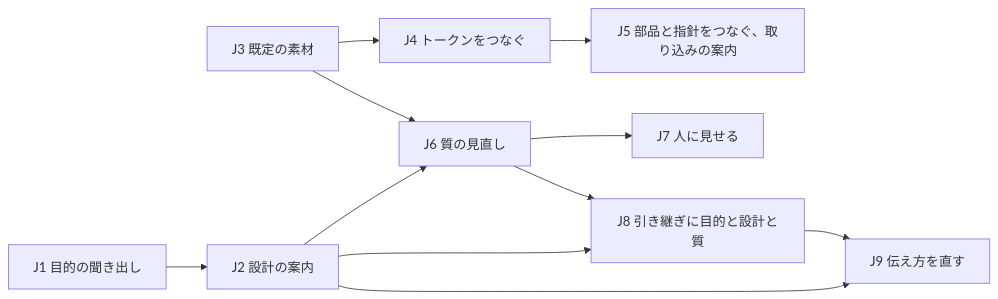
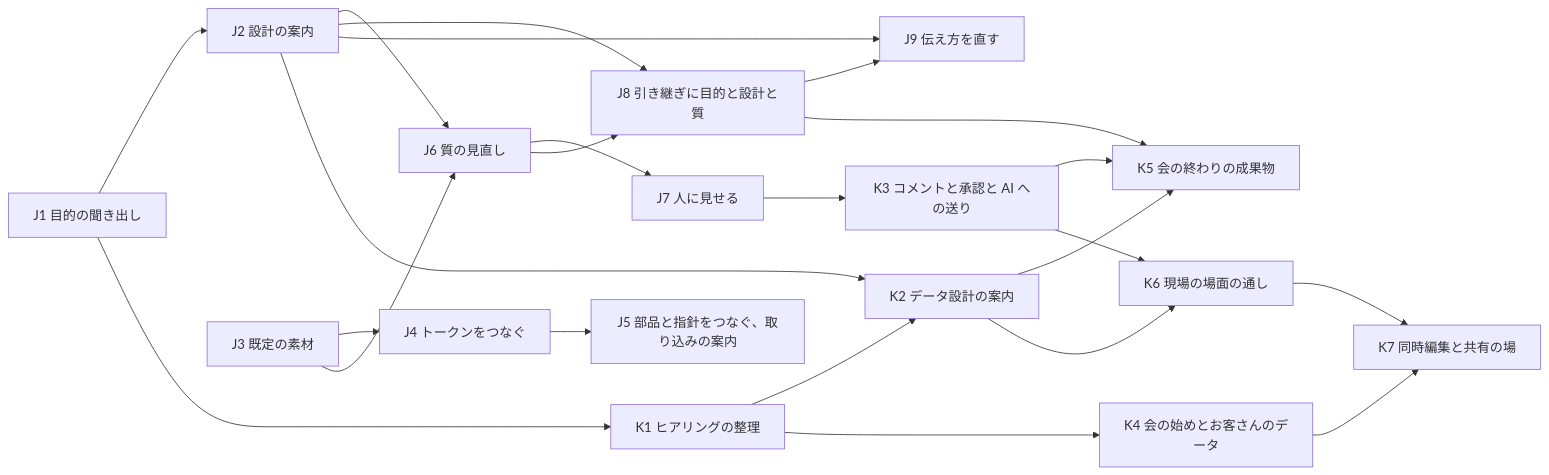
One commit to jyoka/agent-prototype-studio changed the second of 2 diagrams in docs/design/user-journey.md. Above: the diagram before and after it, drawn with Mermaid. The commit also changed other lines of this file and 7 other files, not shown here.

````diff
--- a/docs/design/user-journey.md
+++ b/docs/design/user-journey.md
@@ -215,13 +215,25 @@
 ```mermaid
 flowchart LR
   J1[J1 目的の聞き出し] --> J2[J2 設計の案内]
   J3[J3 既定の素材] --> J4[J4 トークンをつなぐ]
   J4 --> J5[J5 部品と指針をつなぐ、取り込みの案内]
   J2 --> J6[J6 質の見直し]
   J3 --> J6
   J6 --> J7[J7 人に見せる]
   J2 --> J8[J8 引き継ぎに目的と設計と質]
   J6 --> J8
   J2 --> J9[J9 伝え方を直す]
   J8 --> J9
+  J1 --> K1[K1 ヒアリングの整理]
+  J2 --> K2[K2 データ設計の案内]
+  K1 --> K2
+  J7 --> K3[K3 コメントと承認と AI への送り]
+  K1 --> K4[K4 会の始めとお客さんのデータ]
+  K2 --> K5[K5 会の終わりの成果物]
+  K3 --> K5
+  J8 --> K5
+  K2 --> K6[K6 現場の場面の通し]
+  K3 --> K6
+  K6 --> K7[K7 同時編集と共有の場]
+  K4 --> K7
 ```
````
